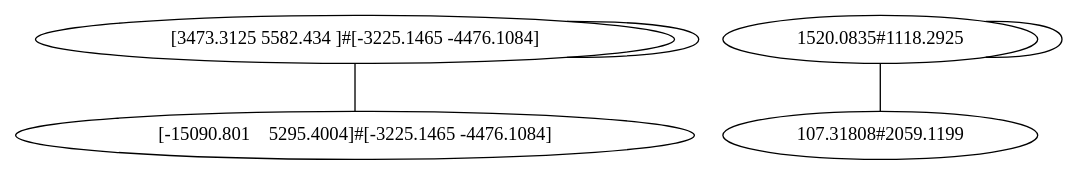
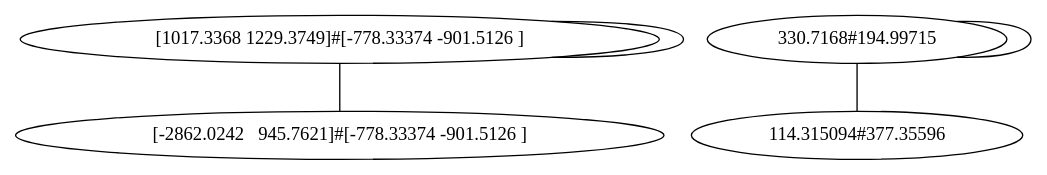
The diagram in python-src/image_pattern_mining/ImageNet/testlogs/RemoteSensingGIS/NightLights_13nasa-india-2016_ImageNet_Keras_Theano_Segmentation_FaceGraph.dot (shrinivaasanka/asfer-github-code), drawn with Graphviz before and after one commit. The commit also changed 16 other files, not shown here.

```diff
--- a/python-src/image_pattern_mining/ImageNet/testlogs/RemoteSensingGIS/NightLights_13nasa-india-2016_ImageNet_Keras_Theano_Segmentation_FaceGraph.dot
+++ b/python-src/image_pattern_mining/ImageNet/testlogs/RemoteSensingGIS/NightLights_13nasa-india-2016_ImageNet_Keras_Theano_Segmentation_FaceGraph.dot
@@ -1,10 +1,10 @@
 graph  {
-"[3473.3125 5582.434 ]#[-3225.1465 -4476.1084]";
-"[-15090.801    5295.4004]#[-3225.1465 -4476.1084]";
-"1520.0835#1118.2925";
-"107.31808#2059.1199";
-"[3473.3125 5582.434 ]#[-3225.1465 -4476.1084]" -- "[3473.3125 5582.434 ]#[-3225.1465 -4476.1084]";
-"[3473.3125 5582.434 ]#[-3225.1465 -4476.1084]" -- "[-15090.801    5295.4004]#[-3225.1465 -4476.1084]";
-"1520.0835#1118.2925" -- "1520.0835#1118.2925";
-"1520.0835#1118.2925" -- "107.31808#2059.1199";
+"[1017.3368 1229.3749]#[-778.33374 -901.5126 ]";
+"[-2862.0242   945.7621]#[-778.33374 -901.5126 ]";
+"330.7168#194.99715";
+"114.315094#377.35596";
+"[1017.3368 1229.3749]#[-778.33374 -901.5126 ]" -- "[1017.3368 1229.3749]#[-778.33374 -901.5126 ]";
+"[1017.3368 1229.3749]#[-778.33374 -901.5126 ]" -- "[-2862.0242   945.7621]#[-778.33374 -901.5126 ]";
+"330.7168#194.99715" -- "330.7168#194.99715";
+"330.7168#194.99715" -- "114.315094#377.35596";
 }
```
